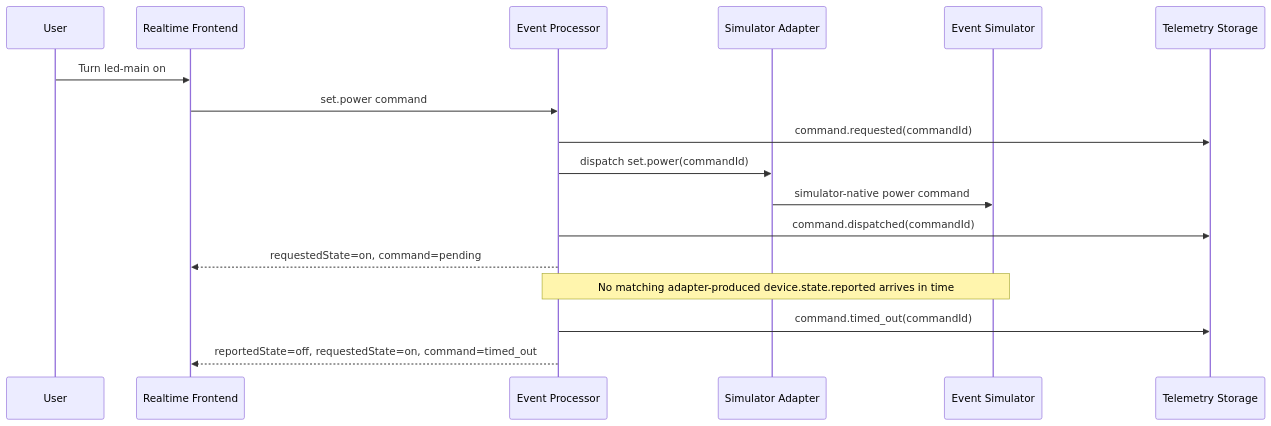
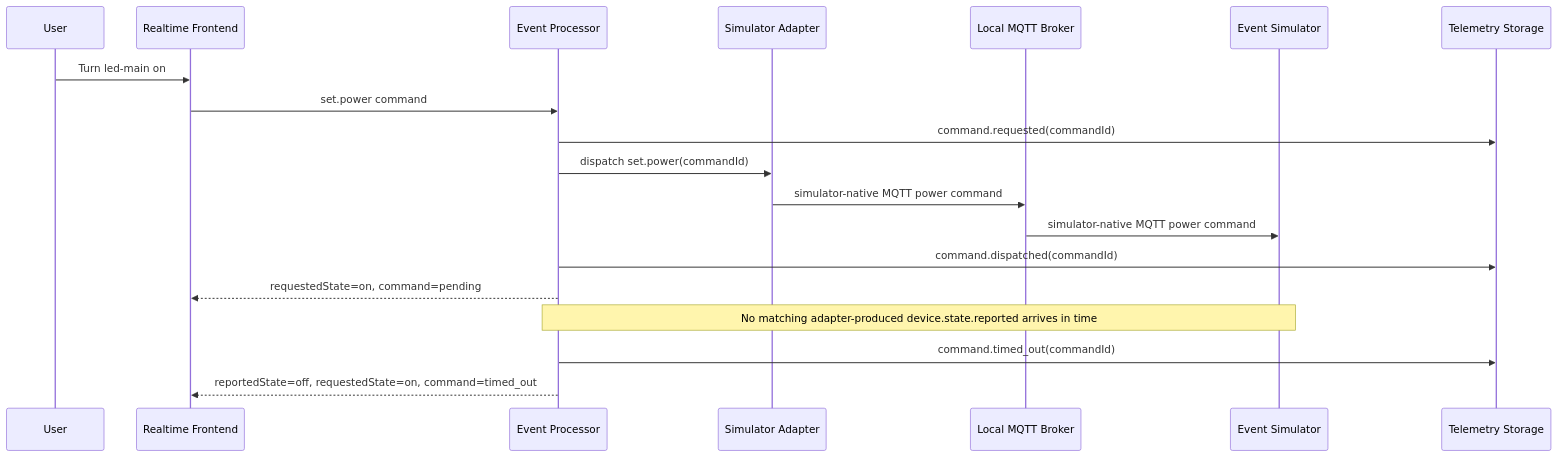
One commit to SzymonAntczak/smart-room-realtime-control-platform changed the third of 8 diagrams in docs/architecture/examples.md. Above: the diagram before and after it, drawn with Mermaid. The commit also changed other lines of this file and 10 other files, not shown here.

Commit message:
Make MQTT the standard simulator runtime

````diff
--- a/docs/architecture/examples.md
+++ b/docs/architecture/examples.md
@@ -65,22 +68,24 @@
 ```mermaid
 sequenceDiagram
     participant U as User
     participant UI as Realtime Frontend
     participant EP as Event Processor
     participant SA as Simulator Adapter
+    participant B as Local MQTT Broker
     participant S as Event Simulator
     participant Store as Telemetry Storage
 
     U->>UI: Turn led-main on
     UI->>EP: set.power command
     EP->>Store: command.requested(commandId)
     EP->>SA: dispatch set.power(commandId)
-    SA->>S: simulator-native power command
+    SA->>B: simulator-native MQTT power command
+    B->>S: simulator-native MQTT power command
     EP->>Store: command.dispatched(commandId)
     EP-->>UI: requestedState=on, command=pending
 
     Note over S,EP: No matching adapter-produced device.state.reported arrives in time
 
     EP->>Store: command.timed_out(commandId)
     EP-->>UI: reportedState=off, requestedState=on, command=timed_out
 ```
````
